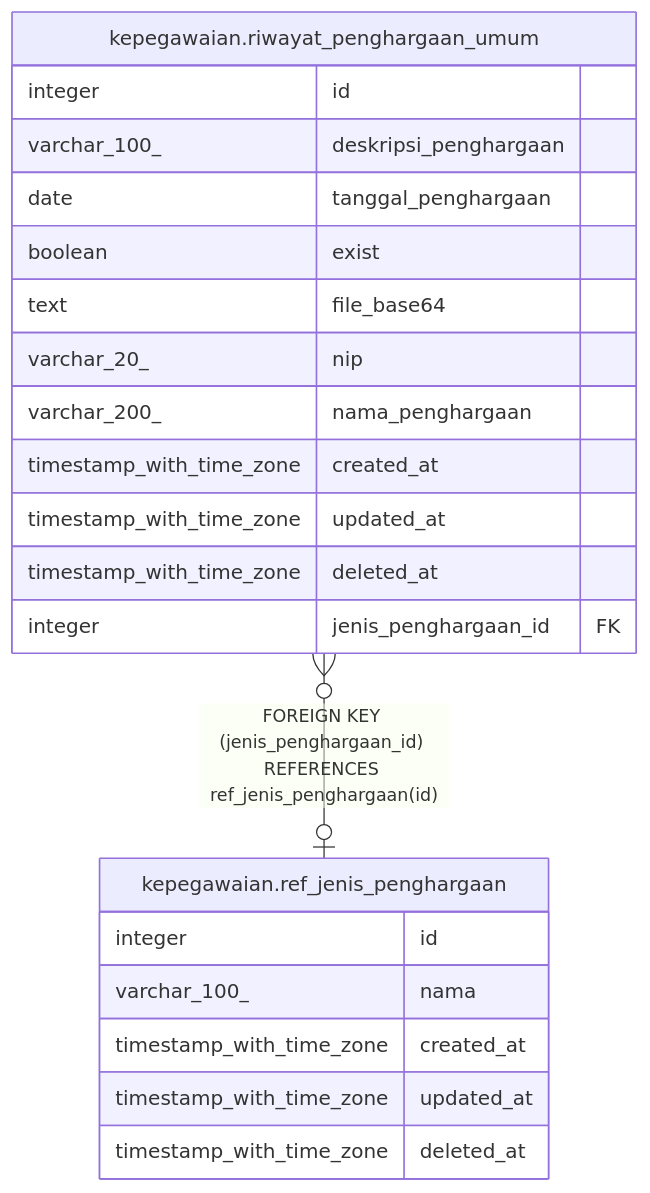
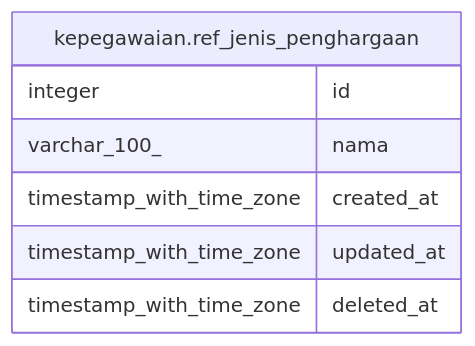
Before and after one commit to nandanugg/triforce.nvim: the diagram in services/kepegawaian/docs/db/kepegawaian.ref_jenis_penghargaan.md, drawn with Mermaid. The commit also changed other lines of this file and 16 other files, not shown here.

Commit message:
Rename Jenis Penghargaan on Penghargaan Umum

````diff
--- a/services/kepegawaian/docs/db/kepegawaian.ref_jenis_penghargaan.md
+++ b/services/kepegawaian/docs/db/kepegawaian.ref_jenis_penghargaan.md
@@ -31,26 +31,12 @@
 ```mermaid
 erDiagram
 
-"kepegawaian.riwayat_penghargaan_umum" }o--o| "kepegawaian.ref_jenis_penghargaan" : "FOREIGN KEY (jenis_penghargaan_id) REFERENCES ref_jenis_penghargaan(id)"
 
 "kepegawaian.ref_jenis_penghargaan" {
   integer id
   varchar_100_ nama
   timestamp_with_time_zone created_at
   timestamp_with_time_zone updated_at
   timestamp_with_time_zone deleted_at
 }
-"kepegawaian.riwayat_penghargaan_umum" {
-  integer id
-  varchar_100_ deskripsi_penghargaan
-  date tanggal_penghargaan
-  boolean exist
-  text file_base64
-  varchar_20_ nip
-  varchar_200_ nama_penghargaan
-  timestamp_with_time_zone created_at
-  timestamp_with_time_zone updated_at
-  timestamp_with_time_zone deleted_at
-  integer jenis_penghargaan_id FK
-}
 ```
````
